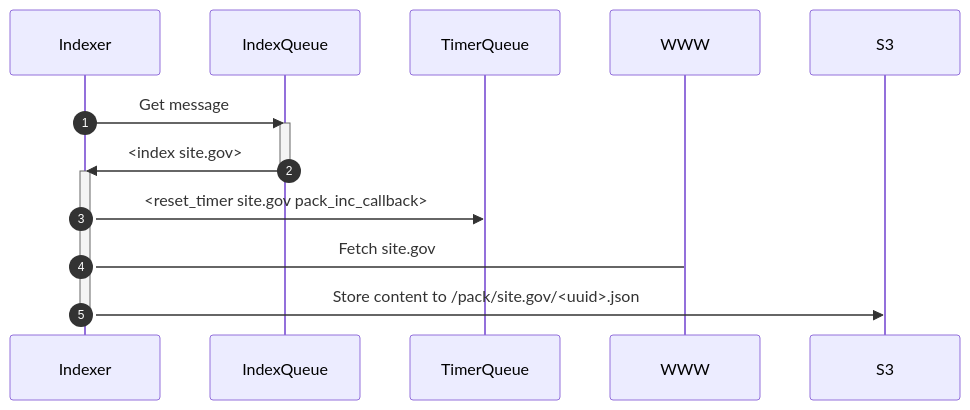
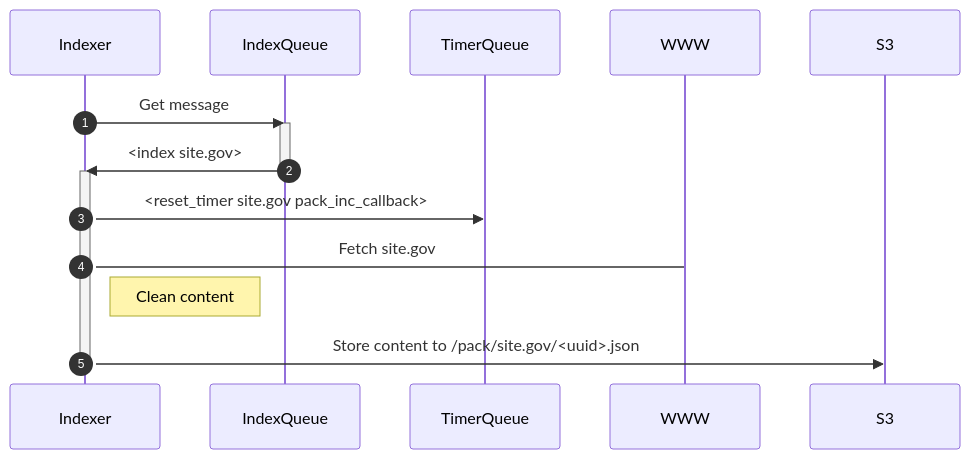
The third of 12 diagrams in pkg/types/REAME.md (jadudm/six), drawn with Mermaid before and after one commit. The commit also changed other lines of this file and 23 other files, not shown here.

````diff
--- a/pkg/types/REAME.md
+++ b/pkg/types/REAME.md
@@ -61,16 +61,17 @@
 ```mermaid
 sequenceDiagram
     autonumber
     participant I as Indexer
     participant IQ as IndexQueue
     participant TQ as TimerQueue
     I->>IQ: Get message
     activate IQ
     IQ->>I: <index site.gov>
     deactivate IQ
     activate I
     I->>TQ: <reset_timer site.gov pack_inc_callback>
     I->WWW: Fetch site.gov
+    Note right of I: Clean content
     I->>S3: Store content to /pack/site.gov/<uuid>.json
     deactivate I
 ```
````
